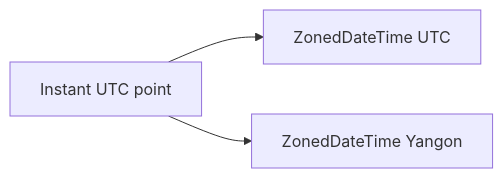
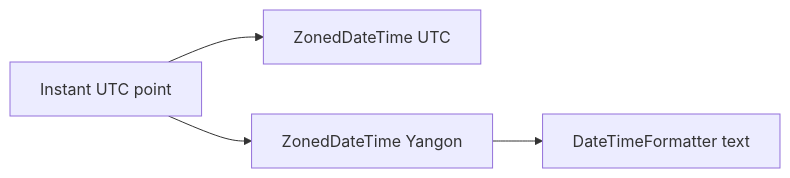
One commit to lostfromlight1/java-handbook changed the diagram in 22-date-time-and-internationalization/02-time-zones-and-formatting.md. Above: the diagram before and after it, drawn with Mermaid. The commit also changed other lines of this file and 3 other files, not shown here.

First line of the commit message:
Deepen Module 22 date/time and i18n to textbook depth.

````diff
--- a/22-date-time-and-internationalization/02-time-zones-and-formatting.md
+++ b/22-date-time-and-internationalization/02-time-zones-and-formatting.md
@@ -39,8 +102,10 @@
 ```mermaid
 flowchart LR
     I[Instant UTC point]
     Z1[ZonedDateTime UTC]
     Z2[ZonedDateTime Yangon]
+    F[DateTimeFormatter text]
     I --> Z1
     I --> Z2
+    Z2 --> F
 ```
````
